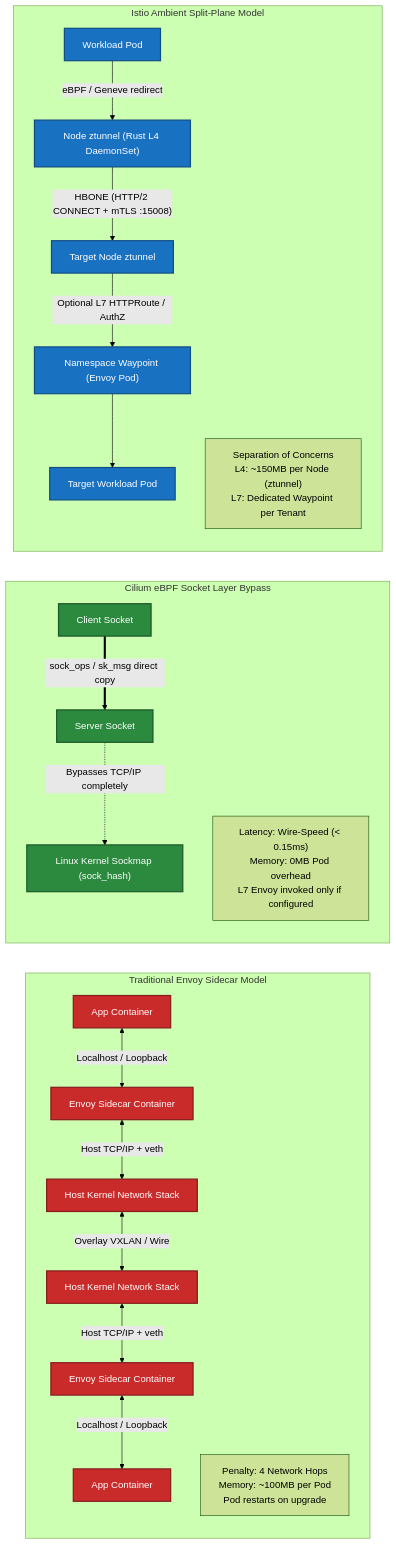
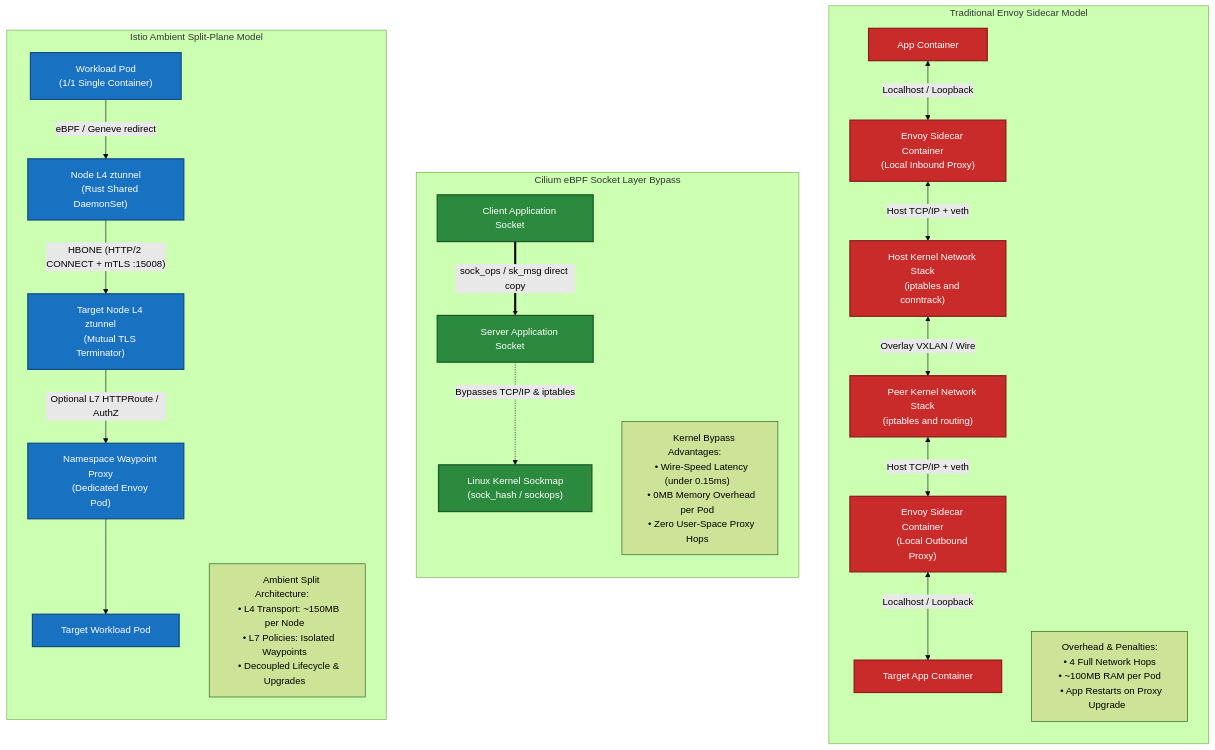
The second of 2 diagrams in README.md (nubenetes/cloudnative-ingress-mesh-lab), drawn with Mermaid (forest theme) before and after one commit. The commit also changed other lines of this file, not shown here.

Commit message:
fix(docs): expand Mermaid node boxes with generous padding and line breaks to prevent text clipping

````diff
--- a/README.md
+++ b/README.md
@@ -121,36 +121,36 @@
 ```mermaid
-flowchart LR
-    subgraph TraditionalSidecar ["Traditional Envoy Sidecar Model"]
+flowchart TB
+    subgraph TraditionalSidecar ["&nbsp;&nbsp;Traditional Envoy Sidecar Model&nbsp;&nbsp;"]
         direction TB
-        App1["App Container"] <-->|"Localhost / Loopback"| Proxy1["Envoy Sidecar Container"]
-        Proxy1 <-->|"Host TCP/IP + veth"| Net1["Host Kernel Network Stack"]
-        Net1 <-->|"Overlay VXLAN / Wire"| Net2["Host Kernel Network Stack"]
-        Net2 <-->|"Host TCP/IP + veth"| Proxy2["Envoy Sidecar Container"]
-        Proxy2 <-->|"Localhost / Loopback"| App2["App Container"]
-        Note1["Penalty: 4 Network Hops<br/>Memory: ~100MB per Pod<br/>Pod restarts on upgrade"]
+        App1["&nbsp;&nbsp;&nbsp;&nbsp;App Container&nbsp;&nbsp;&nbsp;&nbsp;"] <-->|"Localhost / Loopback"| Proxy1["&nbsp;&nbsp;&nbsp;&nbsp;Envoy Sidecar Container&nbsp;&nbsp;&nbsp;&nbsp;<br/>&nbsp;&nbsp;&nbsp;&nbsp;(Local Inbound Proxy)&nbsp;&nbsp;&nbsp;&nbsp;"]
+        Proxy1 <-->|"Host TCP/IP + veth"| Net1["&nbsp;&nbsp;&nbsp;&nbsp;Host Kernel Network Stack&nbsp;&nbsp;&nbsp;&nbsp;<br/>&nbsp;&nbsp;&nbsp;&nbsp;(iptables and conntrack)&nbsp;&nbsp;&nbsp;&nbsp;"]
+        Net1 <-->|"Overlay VXLAN / Wire"| Net2["&nbsp;&nbsp;&nbsp;&nbsp;Peer Kernel Network Stack&nbsp;&nbsp;&nbsp;&nbsp;<br/>&nbsp;&nbsp;&nbsp;&nbsp;(iptables and routing)&nbsp;&nbsp;&nbsp;&nbsp;"]
+        Net2 <-->|"Host TCP/IP + veth"| Proxy2["&nbsp;&nbsp;&nbsp;&nbsp;Envoy Sidecar Container&nbsp;&nbsp;&nbsp;&nbsp;<br/>&nbsp;&nbsp;&nbsp;&nbsp;(Local Outbound Proxy)&nbsp;&nbsp;&nbsp;&nbsp;"]
+        Proxy2 <-->|"Localhost / Loopback"| App2["&nbsp;&nbsp;&nbsp;&nbsp;Target App Container&nbsp;&nbsp;&nbsp;&nbsp;"]
+        Note1["&nbsp;&nbsp;&nbsp;&nbsp;Overhead & Penalties:&nbsp;&nbsp;&nbsp;&nbsp;<br/>&nbsp;&nbsp;• 4 Full Network Hops&nbsp;&nbsp;<br/>&nbsp;&nbsp;• ~100MB RAM per Pod&nbsp;&nbsp;<br/>&nbsp;&nbsp;• App Restarts on Proxy Upgrade&nbsp;&nbsp;"]
     end
 
-    subgraph eBPFShortCircuit ["Cilium eBPF Socket Layer Bypass"]
+    subgraph eBPFShortCircuit ["&nbsp;&nbsp;Cilium eBPF Socket Layer Bypass&nbsp;&nbsp;"]
         direction TB
-        AppC1["Client Socket"] ==>|"sock_ops / sk_msg direct copy"| AppC2["Server Socket"]
-        AppC2 -.->|"Bypasses TCP/IP completely"| KernelSock["Linux Kernel Sockmap (sock_hash)"]
-        Note2["Latency: Wire-Speed (&lt; 0.15ms)<br/>Memory: 0MB Pod overhead<br/>L7 Envoy invoked only if configured"]
+        AppC1["&nbsp;&nbsp;&nbsp;&nbsp;Client Application Socket&nbsp;&nbsp;&nbsp;&nbsp;"] ==>|"sock_ops / sk_msg direct copy"| AppC2["&nbsp;&nbsp;&nbsp;&nbsp;Server Application Socket&nbsp;&nbsp;&nbsp;&nbsp;"]
+        AppC2 -.->|"Bypasses TCP/IP & iptables"| KernelSock["&nbsp;&nbsp;&nbsp;&nbsp;Linux Kernel Sockmap&nbsp;&nbsp;&nbsp;&nbsp;<br/>&nbsp;&nbsp;&nbsp;&nbsp;(sock_hash / sockops)&nbsp;&nbsp;&nbsp;&nbsp;"]
+        Note2["&nbsp;&nbsp;&nbsp;&nbsp;Kernel Bypass Advantages:&nbsp;&nbsp;&nbsp;&nbsp;<br/>&nbsp;&nbsp;• Wire-Speed Latency (under 0.15ms)&nbsp;&nbsp;<br/>&nbsp;&nbsp;• 0MB Memory Overhead per Pod&nbsp;&nbsp;<br/>&nbsp;&nbsp;• Zero User-Space Proxy Hops&nbsp;&nbsp;"]
     end
 
-    subgraph IstioAmbientModel ["Istio Ambient Split-Plane Model"]
+    subgraph IstioAmbientModel ["&nbsp;&nbsp;Istio Ambient Split-Plane Model&nbsp;&nbsp;"]
         direction TB
-        AppA1["Workload Pod"] -->|"eBPF / Geneve redirect"| Ztunnel1["Node ztunnel (Rust L4 DaemonSet)"]
-        Ztunnel1 -->|"HBONE (HTTP/2 CONNECT + mTLS :15008)"| Ztunnel2["Target Node ztunnel"]
-        Ztunnel2 -->|"Optional L7 HTTPRoute / AuthZ"| WaypointEnvoy["Namespace Waypoint (Envoy Pod)"]
-        WaypointEnvoy --> TargetApp["Target Workload Pod"]
-        Note3["Separation of Concerns<br/>L4: ~150MB per Node (ztunnel)<br/>L7: Dedicated Waypoint per Tenant"]
+        AppA1["&nbsp;&nbsp;&nbsp;&nbsp;Workload Pod&nbsp;&nbsp;&nbsp;&nbsp;<br/>&nbsp;&nbsp;&nbsp;&nbsp;(1/1 Single Container)&nbsp;&nbsp;&nbsp;&nbsp;"] -->|"eBPF / Geneve redirect"| Ztunnel1["&nbsp;&nbsp;&nbsp;&nbsp;Node L4 ztunnel&nbsp;&nbsp;&nbsp;&nbsp;<br/>&nbsp;&nbsp;&nbsp;&nbsp;(Rust Shared DaemonSet)&nbsp;&nbsp;&nbsp;&nbsp;"]
+        Ztunnel1 -->|"HBONE (HTTP/2 CONNECT + mTLS :15008)"| Ztunnel2["&nbsp;&nbsp;&nbsp;&nbsp;Target Node L4 ztunnel&nbsp;&nbsp;&nbsp;&nbsp;<br/>&nbsp;&nbsp;&nbsp;&nbsp;(Mutual TLS Terminator)&nbsp;&nbsp;&nbsp;&nbsp;"]
+        Ztunnel2 -->|"Optional L7 HTTPRoute / AuthZ"| WaypointEnvoy["&nbsp;&nbsp;&nbsp;&nbsp;Namespace Waypoint Proxy&nbsp;&nbsp;&nbsp;&nbsp;<br/>&nbsp;&nbsp;&nbsp;&nbsp;(Dedicated Envoy Pod)&nbsp;&nbsp;&nbsp;&nbsp;"]
+        WaypointEnvoy --> TargetApp["&nbsp;&nbsp;&nbsp;&nbsp;Target Workload Pod&nbsp;&nbsp;&nbsp;&nbsp;"]
+        Note3["&nbsp;&nbsp;&nbsp;&nbsp;Ambient Split Architecture:&nbsp;&nbsp;&nbsp;&nbsp;<br/>&nbsp;&nbsp;• L4 Transport: ~150MB per Node&nbsp;&nbsp;<br/>&nbsp;&nbsp;• L7 Policies: Isolated Waypoints&nbsp;&nbsp;<br/>&nbsp;&nbsp;• Decoupled Lifecycle & Upgrades&nbsp;&nbsp;"]
     end
 
     classDef legacy fill:#c92a2a,stroke:#861c1c,stroke-width:2px,color:#fff;
     classDef ebpf fill:#2b8a3e,stroke:#1b5727,stroke-width:2px,color:#fff;
     classDef ambient fill:#1971c2,stroke:#114d84,stroke-width:2px,color:#fff;
 
     class App1,Proxy1,Net1,Net2,Proxy2,App2 legacy;
     class AppC1,AppC2,KernelSock ebpf;
     class AppA1,Ztunnel1,Ztunnel2,WaypointEnvoy,TargetApp ambient;
 ```
````
